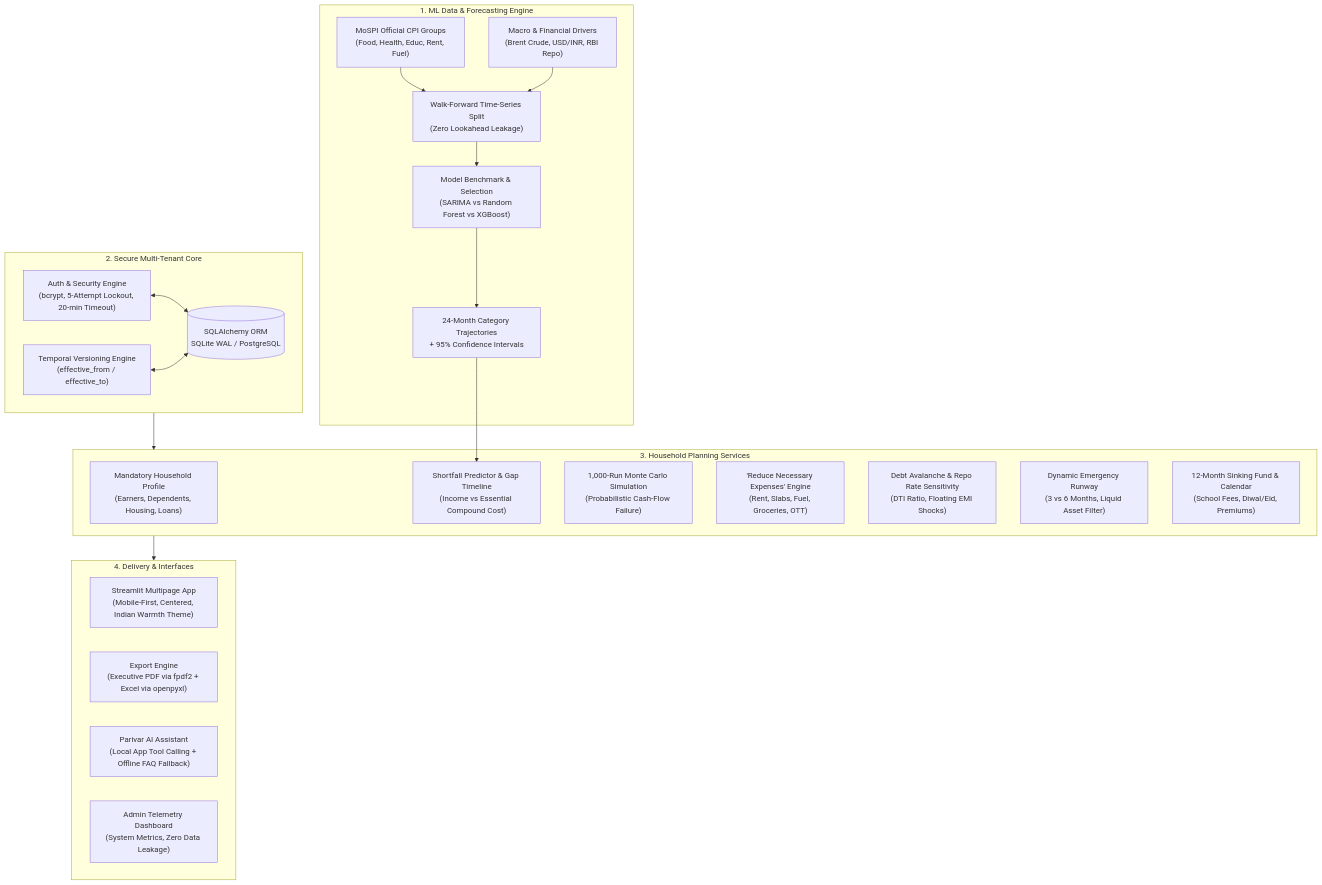
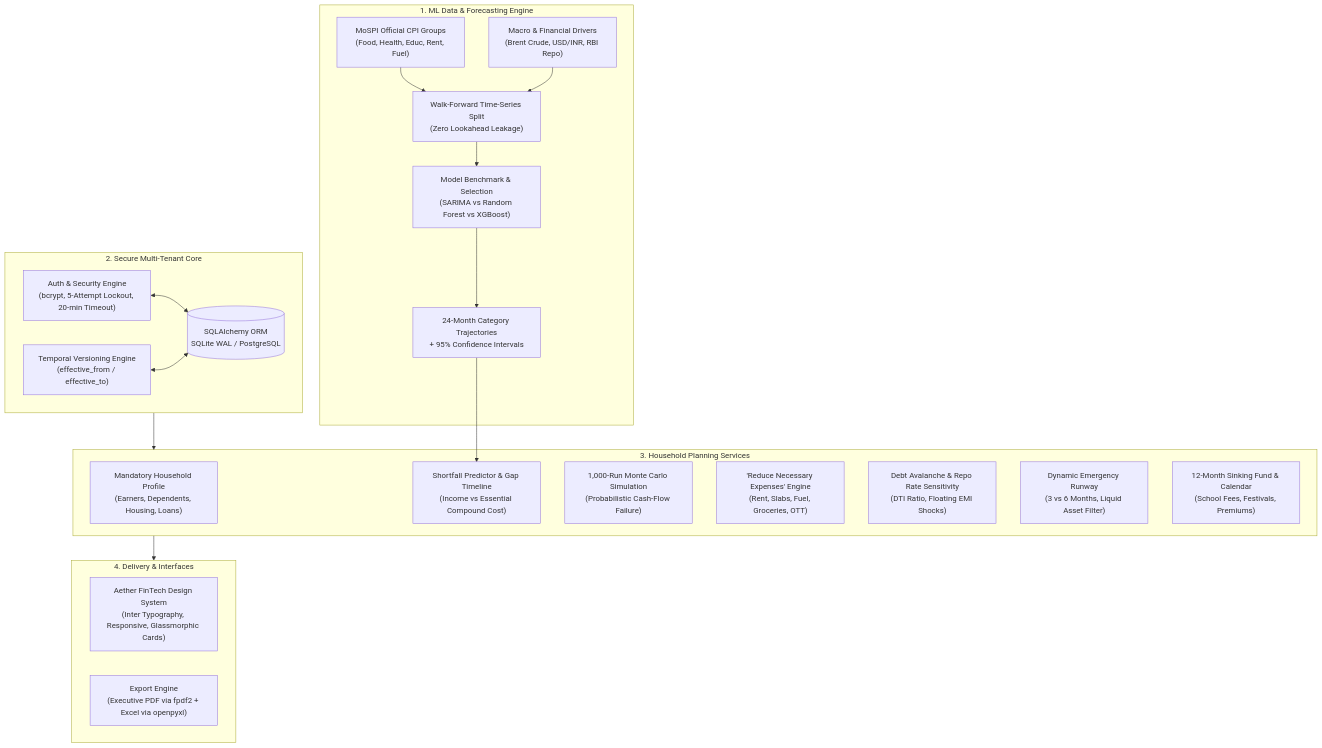
One commit to Arsalan269/parivar-arth changed the diagram in README.md. Above: the diagram before and after it, drawn with Mermaid. The commit also changed other lines of this file, not shown here.

Commit message:
docs: update README with Aether design system, architecture, and current page structure

````diff
--- a/README.md
+++ b/README.md
@@ -24,43 +24,41 @@
 ```mermaid
 flowchart TD
     subgraph DataEngine["1. ML Data & Forecasting Engine"]
         MOSPI["MoSPI Official CPI Groups<br/>(Food, Health, Educ, Rent, Fuel)"]
         MACRO["Macro & Financial Drivers<br/>(Brent Crude, USD/INR, RBI Repo)"]
         CV["Walk-Forward Time-Series Split<br/>(Zero Lookahead Leakage)"]
         MODELS["Model Benchmark & Selection<br/>(SARIMA vs Random Forest vs XGBoost)"]
         FORECASTS["24-Month Category Trajectories<br/>+ 95% Confidence Intervals"]
         MOSPI --> CV
         MACRO --> CV
         CV --> MODELS
         MODELS --> FORECASTS
     end
 
     subgraph CorePlatform["2. Secure Multi-Tenant Core"]
         AUTH["Auth & Security Engine<br/>(bcrypt, 5-Attempt Lockout, 20-min Timeout)"]
         DB[(SQLAlchemy ORM<br/>SQLite WAL / PostgreSQL)]
         VERSIONING["Temporal Versioning Engine<br/>(effective_from / effective_to)"]
         AUTH <--> DB
         VERSIONING <--> DB
     end
 
     subgraph PlanningEngine["3. Household Planning Services"]
         PROFILE["Mandatory Household Profile<br/>(Earners, Dependents, Housing, Loans)"]
         SHORTFALL["Shortfall Predictor & Gap Timeline<br/>(Income vs Essential Compound Cost)"]
         MONTECARLO["1,000-Run Monte Carlo Simulation<br/>(Probabilistic Cash-Flow Failure)"]
         LEVERS["'Reduce Necessary Expenses' Engine<br/>(Rent, Slabs, Fuel, Groceries, OTT)"]
         DEBT["Debt Avalanche & Repo Rate Sensitivity<br/>(DTI Ratio, Floating EMI Shocks)"]
         EMERGENCY["Dynamic Emergency Runway<br/>(3 vs 6 Months, Liquid Asset Filter)"]
-        SINKING["12-Month Sinking Fund & Calendar<br/>(School Fees, Diwal/Eid, Premiums)"]
+        SINKING["12-Month Sinking Fund & Calendar<br/>(School Fees, Festivals, Premiums)"]
     end
 
     subgraph Delivery["4. Delivery & Interfaces"]
-        UI["Streamlit Multipage App<br/>(Mobile-First, Centered, Indian Warmth Theme)"]
+        UI["Aether FinTech Design System<br/>(Inter Typography, Responsive, Glassmorphic Cards)"]
         REPORTS["Export Engine<br/>(Executive PDF via fpdf2 + Excel via openpyxl)"]
-        CHAT["Parivar AI Assistant<br/>(Local App Tool Calling + Offline FAQ Fallback)"]
-        ADMIN["Admin Telemetry Dashboard<br/>(System Metrics, Zero Data Leakage)"]
     end
 
     FORECASTS --> SHORTFALL
     CorePlatform --> PlanningEngine
     PlanningEngine --> Delivery
 ```
````
